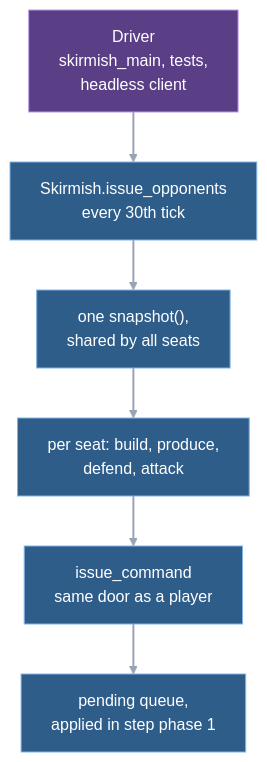
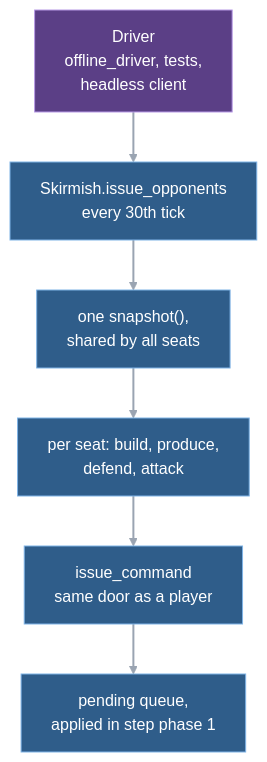
One commit to pdstuber/wargrid changed the first of 2 diagrams in docs/guide/09-ai.md. Above: the diagram before and after it, drawn with Mermaid. The commit also changed other lines of this file and 18 other files, not shown here.

````diff
--- a/docs/guide/09-ai.md
+++ b/docs/guide/09-ai.md
@@ -7,13 +7,13 @@
 ```mermaid
 flowchart TD
-    A["Driver<br/>skirmish_main, tests,<br/>headless client"] --> B["Skirmish.issue_opponents<br/>every 30th tick"]
+    A["Driver<br/>offline_driver, tests,<br/>headless client"] --> B["Skirmish.issue_opponents<br/>every 30th tick"]
     B --> C["one snapshot(),<br/>shared by all seats"]
     C --> D["per seat: build, produce,<br/>defend, attack"]
     D --> E["issue_command<br/>same door as a player"]
     E --> F["pending queue,<br/>applied in step phase 1"]
     classDef sim fill:#2f5d8a,stroke:#7fb3e6,color:#ffffff
     classDef driver fill:#5b3f86,stroke:#b79ae6,color:#ffffff
     class A driver
     class B,C,D,E,F sim
     linkStyle default stroke:#9aa4b2,stroke-width:2px
 ```
````
